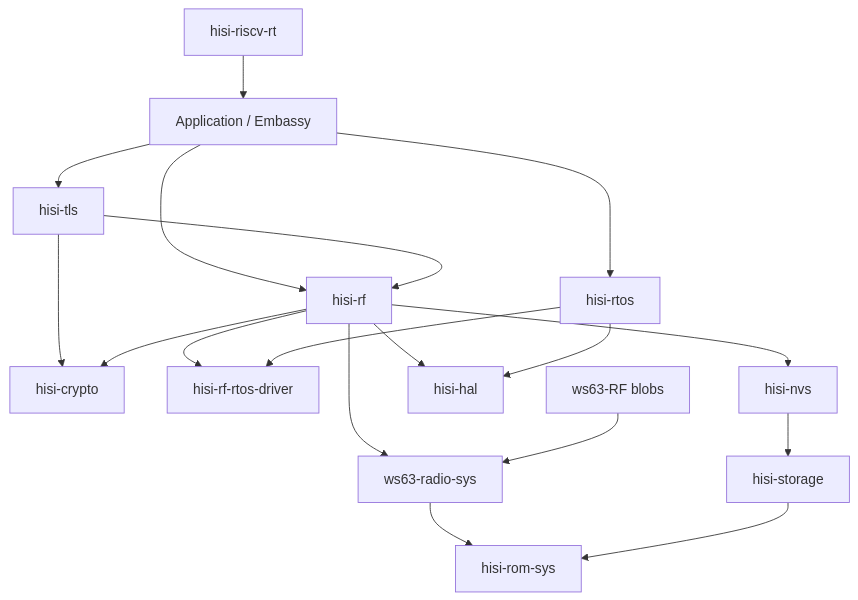
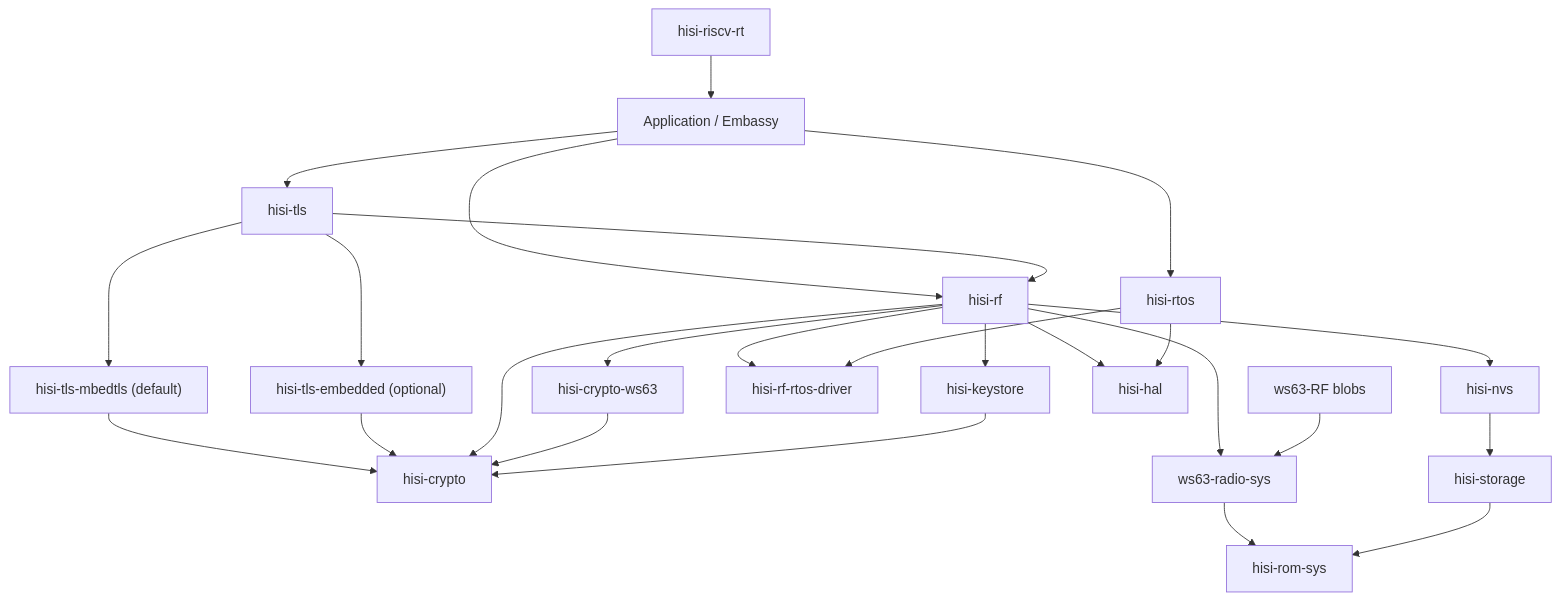
Before and after one commit to hispark-rs/hisi-riscv-rs: the diagram in docs/plan/hisi-connectivity-stack.md, drawn with Mermaid. The commit also changed other lines of this file and 9 other files, not shown here.

````diff
--- a/docs/plan/hisi-connectivity-stack.md
+++ b/docs/plan/hisi-connectivity-stack.md
@@ -20,20 +20,27 @@
 ```mermaid
 graph TD
   APP["Application / Embassy"] --> RF["hisi-rf"]
   APP --> RTOS["hisi-rtos"]
   APP --> TLS["hisi-tls"]
-  TLS --> CRYPTO["hisi-crypto"]
+  TLS --> TLS_MBED["hisi-tls-mbedtls (default)"]
+  TLS --> TLS_EMBED["hisi-tls-embedded (optional)"]
+  TLS_MBED --> CRYPTO["hisi-crypto"]
+  TLS_EMBED --> CRYPTO
   TLS --> RF
   RF --> CRYPTO
+  RF --> CRYPTO_WS63["hisi-crypto-ws63"]
+  CRYPTO_WS63 --> CRYPTO
+  KEYSTORE["hisi-keystore"] --> CRYPTO
+  RF --> KEYSTORE
   RF --> SYS["ws63-radio-sys"]
   RF --> DRIVER["hisi-rf-rtos-driver"]
   RTOS --> DRIVER
   RF --> NVS["hisi-nvs"]
   NVS --> STORAGE["hisi-storage"]
   SYS --> ROM["hisi-rom-sys"]
   STORAGE --> ROM
   RF --> HAL["hisi-hal"]
   RTOS --> HAL
   RT["hisi-riscv-rt"] --> APP
   BLOB["ws63-RF blobs"] --> SYS
 ```
````
